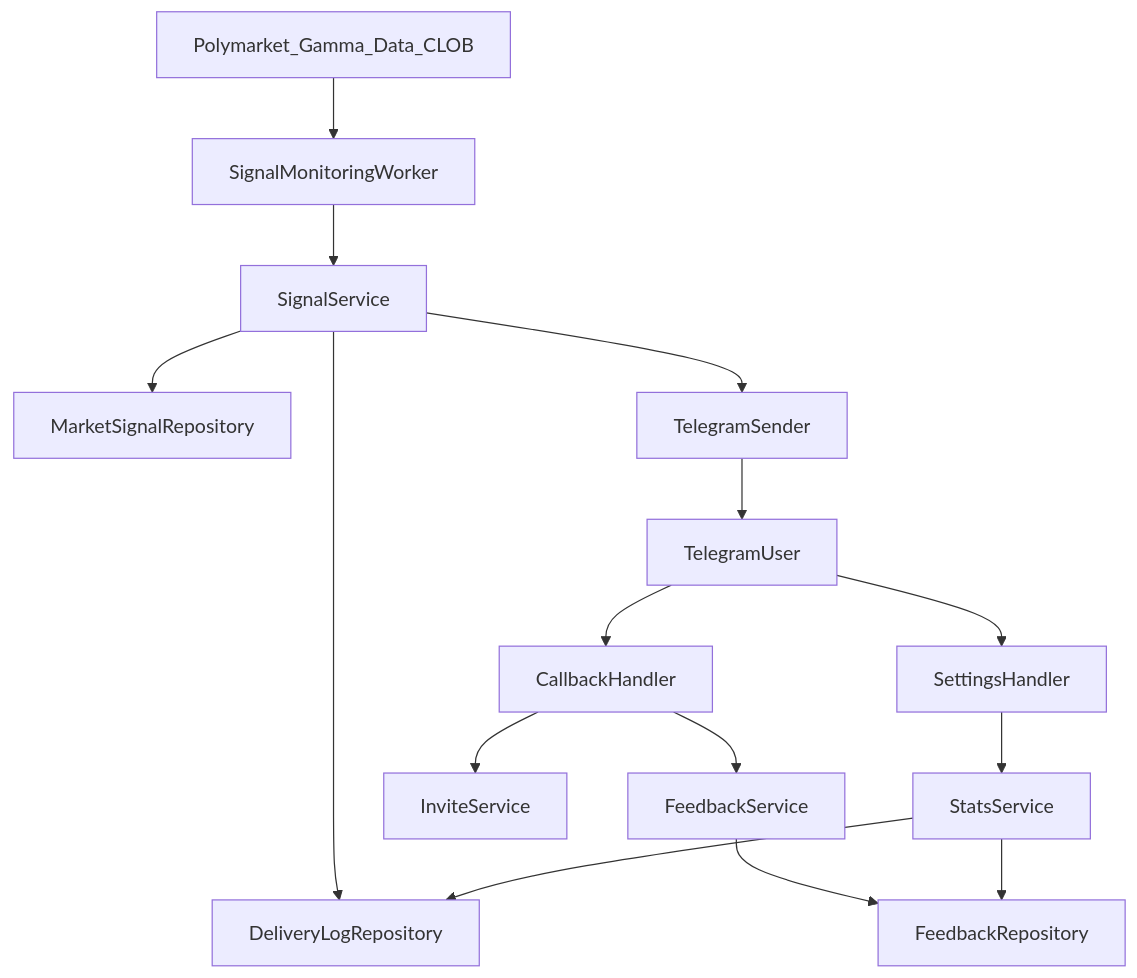
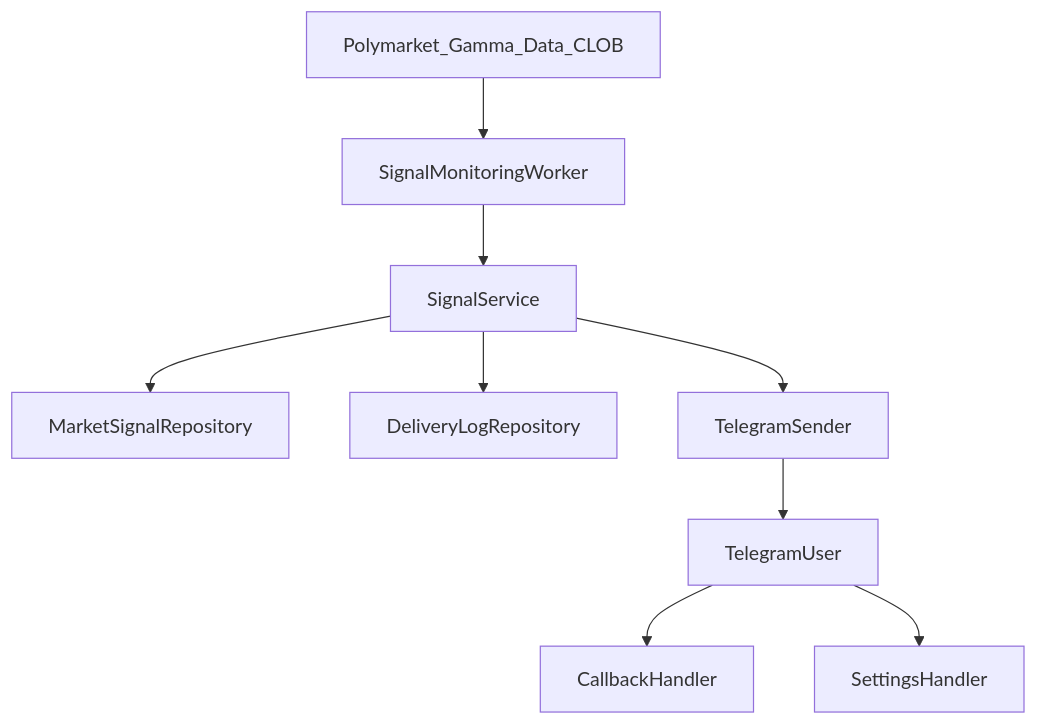
The diagram in Docs/TELEGRAM_BOT_MVP_SPEC.md (vladmusikhin-prog/viberepository), drawn with Mermaid before and after one commit. The commit also changed other lines of this file and 16 other files, not shown here.

````diff
--- a/Docs/TELEGRAM_BOT_MVP_SPEC.md
+++ b/Docs/TELEGRAM_BOT_MVP_SPEC.md
@@ -153,17 +141,11 @@
 ```mermaid
 flowchart TD
     polymarketApis[Polymarket_Gamma_Data_CLOB] --> signalWorker[SignalMonitoringWorker]
     signalWorker --> signalService[SignalService]
     signalService --> signalRepo[MarketSignalRepository]
     signalService --> deliveryRepo[DeliveryLogRepository]
     signalService --> botSender[TelegramSender]
     botSender --> userChat[TelegramUser]
     userChat --> callbackHandler[CallbackHandler]
-    callbackHandler --> feedbackService[FeedbackService]
-    feedbackService --> feedbackRepo[FeedbackRepository]
-    callbackHandler --> inviteService[InviteService]
     userChat --> settingsHandler[SettingsHandler]
-    settingsHandler --> statsService[StatsService]
-    statsService --> deliveryRepo
-    statsService --> feedbackRepo
 ```
````
